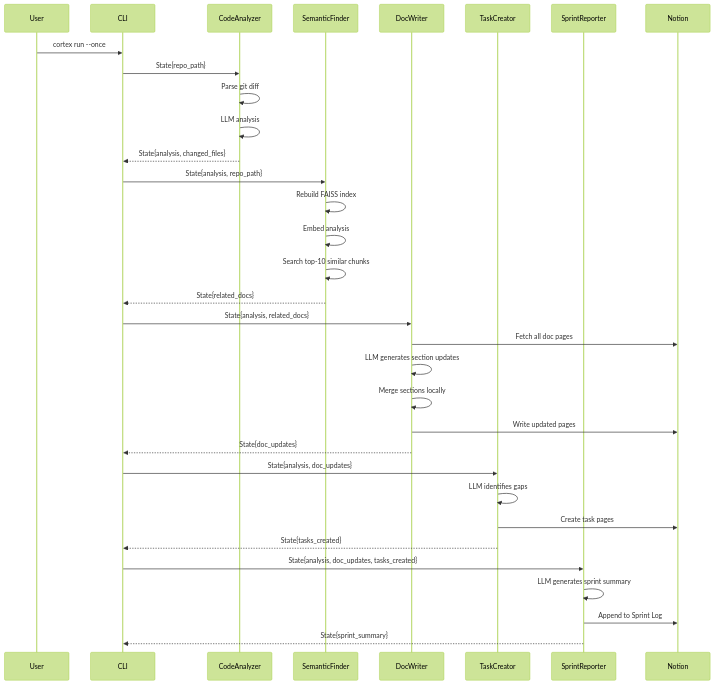
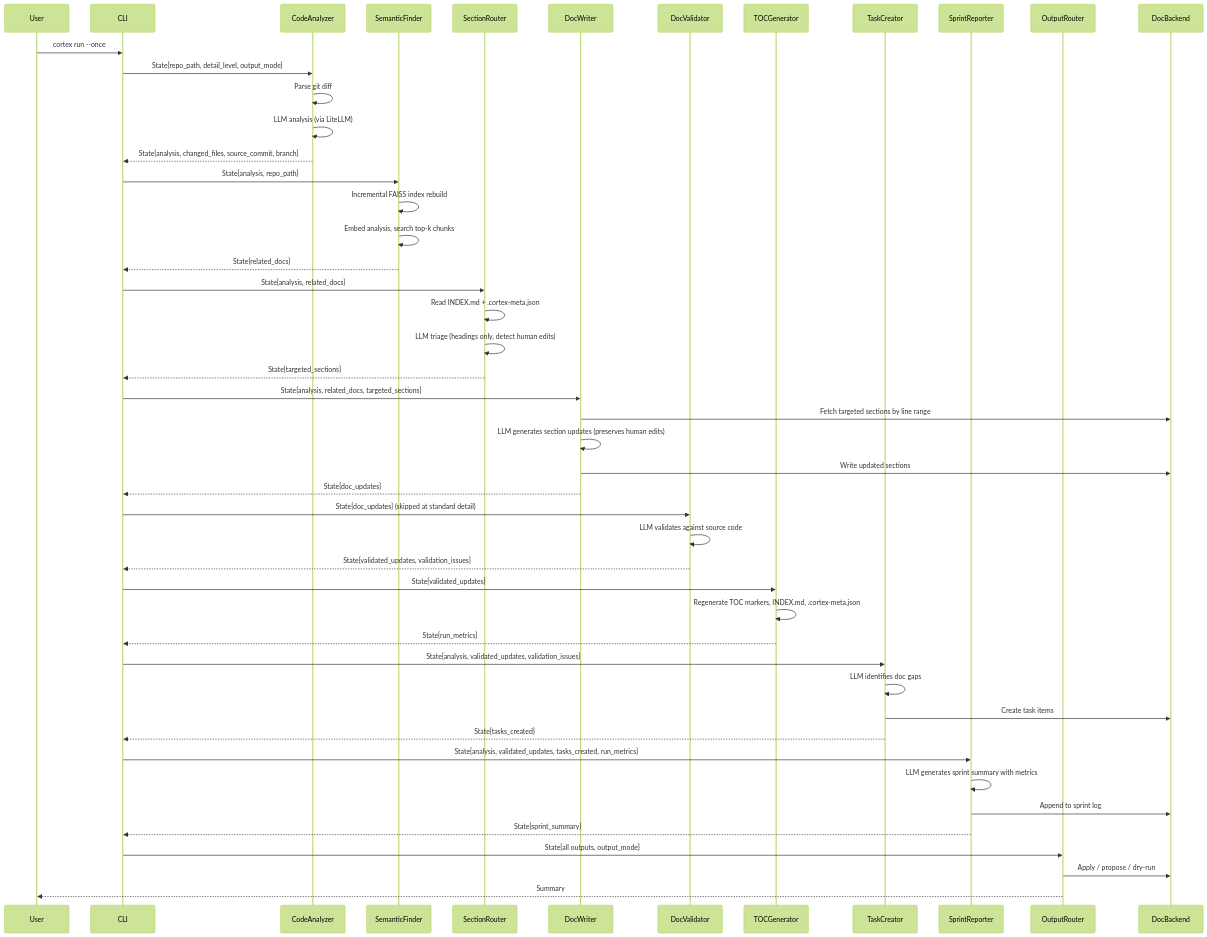
The sixth of 7 diagrams in docs/architecture.md (sarupurisailalith/codebase-cortex), drawn with Mermaid (forest theme) before and after one commit. The commit also changed other lines of this file and 8 other files, not shown here.

````diff
--- a/docs/architecture.md
+++ b/docs/architecture.md
@@ -146,40 +256,59 @@
 ```mermaid
 sequenceDiagram
     participant User
     participant CLI
     participant CA as CodeAnalyzer
     participant SF as SemanticFinder
+    participant SRN as SectionRouter
     participant DW as DocWriter
+    participant DV as DocValidator
+    participant TOC as TOCGenerator
     participant TC as TaskCreator
     participant SR as SprintReporter
-    participant Notion
+    participant OR as OutputRouter
+    participant BE as DocBackend
 
     User->>CLI: cortex run --once
-    CLI->>CA: State{repo_path}
+    CLI->>CA: State{repo_path, detail_level, output_mode}
     CA->>CA: Parse git diff
-    CA->>CA: LLM analysis
-    CA-->>CLI: State{analysis, changed_files}
+    CA->>CA: LLM analysis (via LiteLLM)
+    CA-->>CLI: State{analysis, changed_files, source_commit, branch}
 
     CLI->>SF: State{analysis, repo_path}
-    SF->>SF: Rebuild FAISS index
-    SF->>SF: Embed analysis
-    SF->>SF: Search top-10 similar chunks
+    SF->>SF: Incremental FAISS index rebuild
+    SF->>SF: Embed analysis, search top-k chunks
     SF-->>CLI: State{related_docs}
 
-    CLI->>DW: State{analysis, related_docs}
-    DW->>Notion: Fetch all doc pages
-    DW->>DW: LLM generates section updates
-    DW->>DW: Merge sections locally
-    DW->>Notion: Write updated pages
+    CLI->>SRN: State{analysis, related_docs}
+    SRN->>SRN: Read INDEX.md + .cortex-meta.json
+    SRN->>SRN: LLM triage (headings only, detect human edits)
+    SRN-->>CLI: State{targeted_sections}
+
+    CLI->>DW: State{analysis, related_docs, targeted_sections}
+    DW->>BE: Fetch targeted sections by line range
+    DW->>DW: LLM generates section updates (preserves human edits)
+    DW->>BE: Write updated sections
     DW-->>CLI: State{doc_updates}
 
-    CLI->>TC: State{analysis, doc_updates}
-    TC->>TC: LLM identifies gaps
-    TC->>Notion: Create task pages
+    CLI->>DV: State{doc_updates} (skipped at standard detail)
+    DV->>DV: LLM validates against source code
+    DV-->>CLI: State{validated_updates, validation_issues}
+
+    CLI->>TOC: State{validated_updates}
+    TOC->>TOC: Regenerate TOC markers, INDEX.md, .cortex-meta.json
+    TOC-->>CLI: State{run_metrics}
+
+    CLI->>TC: State{analysis, validated_updates, validation_issues}
+    TC->>TC: LLM identifies doc gaps
+    TC->>BE: Create task items
     TC-->>CLI: State{tasks_created}
 
-    CLI->>SR: State{analysis, doc_updates, tasks_created}
-    SR->>SR: LLM generates sprint summary
-    SR->>Notion: Append to Sprint Log
+    CLI->>SR: State{analysis, validated_updates, tasks_created, run_metrics}
+    SR->>SR: LLM generates sprint summary with metrics
+    SR->>BE: Append to sprint log
     SR-->>CLI: State{sprint_summary}
+
+    CLI->>OR: State{all outputs, output_mode}
+    OR->>BE: Apply / propose / dry-run
+    OR-->>User: Summary
 ```
````
